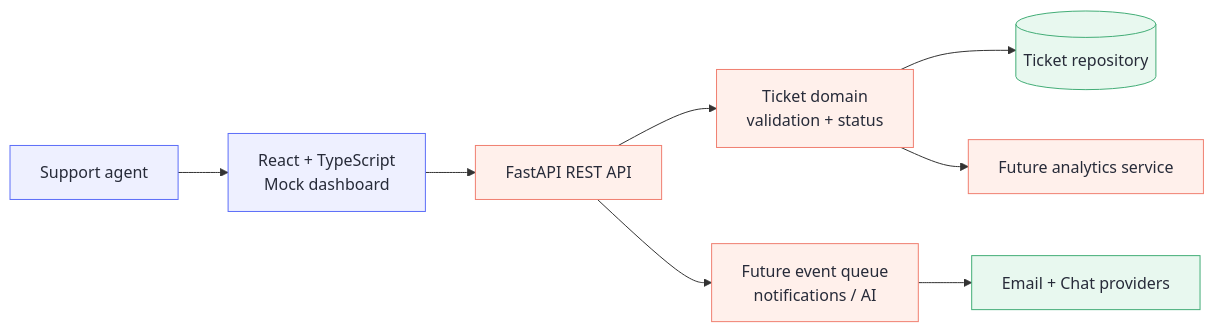
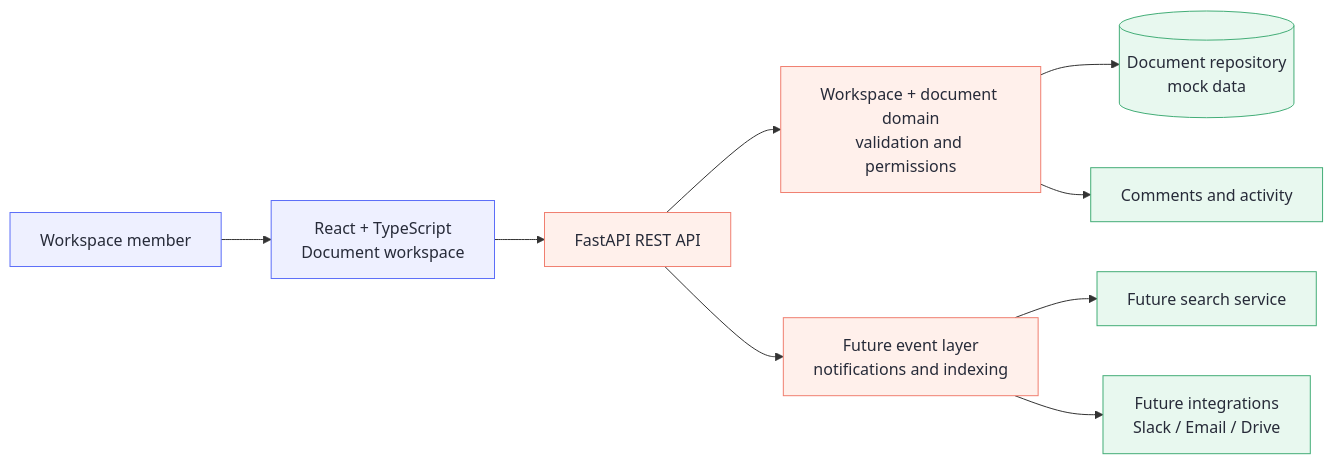
Before and after one commit to shaoyih75/SupportFlow.AI: the diagram in docs/architecture.mmd, drawn with Mermaid. The commit also changed 5 other files, not shown here.

```diff
--- a/docs/architecture.mmd
+++ b/docs/architecture.mmd
@@ -1,18 +1,16 @@
 flowchart LR
-    Agent[Support agent] --> UI[React + TypeScript
-    Mock dashboard]
+    User[Workspace member] --> UI[React + TypeScript<br/>Document workspace]
     UI --> API[FastAPI REST API]
-    API --> Domain[Ticket domain
-    validation + status]
-    Domain --> Repo[(Ticket repository)]
-    API --> Events[Future event queue
-    notifications / AI]
-    Events --> Integrations[Email + Chat providers]
-    Domain --> Analytics[Future analytics service]
+    API --> Domain[Workspace + document domain<br/>validation and permissions]
+    Domain --> Repo[(Document repository<br/>mock data)]
+    Domain --> Comments[Comments and activity]
+    API --> Events[Future event layer<br/>notifications and indexing]
+    Events --> Search[Future search service]
+    Events --> Integrations[Future integrations<br/>Slack / Email / Drive]
 
     classDef client fill:#eef0ff,stroke:#5c6ef8,color:#272b39
     classDef service fill:#fff0eb,stroke:#f07f70,color:#272b39
     classDef data fill:#e8f8ef,stroke:#43ad77,color:#272b39
-    class UI,Agent client
-    class API,Domain,Events,Analytics service
-    class Repo,Integrations data
+    class User,UI client
+    class API,Domain,Events service
+    class Repo,Comments,Search,Integrations data
```
